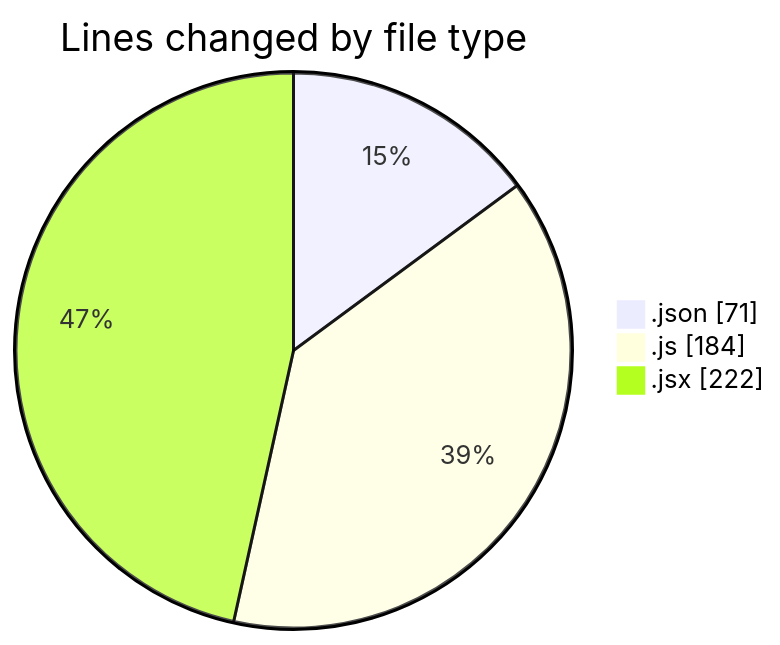
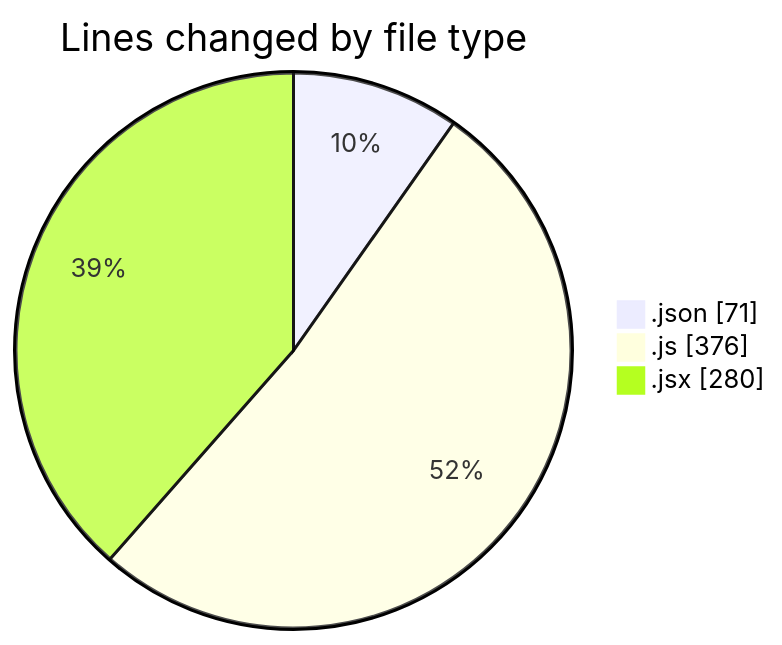
The first of 2 diagrams in 2025-05-13/cda/README.md (momahboobian/code-tracking), drawn with Mermaid before and after one commit. The commit also changed other lines of this file and 1 other file, not shown here.

````diff
--- a/2025-05-13/cda/README.md
+++ b/2025-05-13/cda/README.md
@@ -22,7 +23,7 @@
 ```mermaid
 pie showData
 title Lines changed by file type
 ".json" : 71
-".js" : 184
-".jsx" : 222
+".js" : 376
+".jsx" : 280
 ```
````
